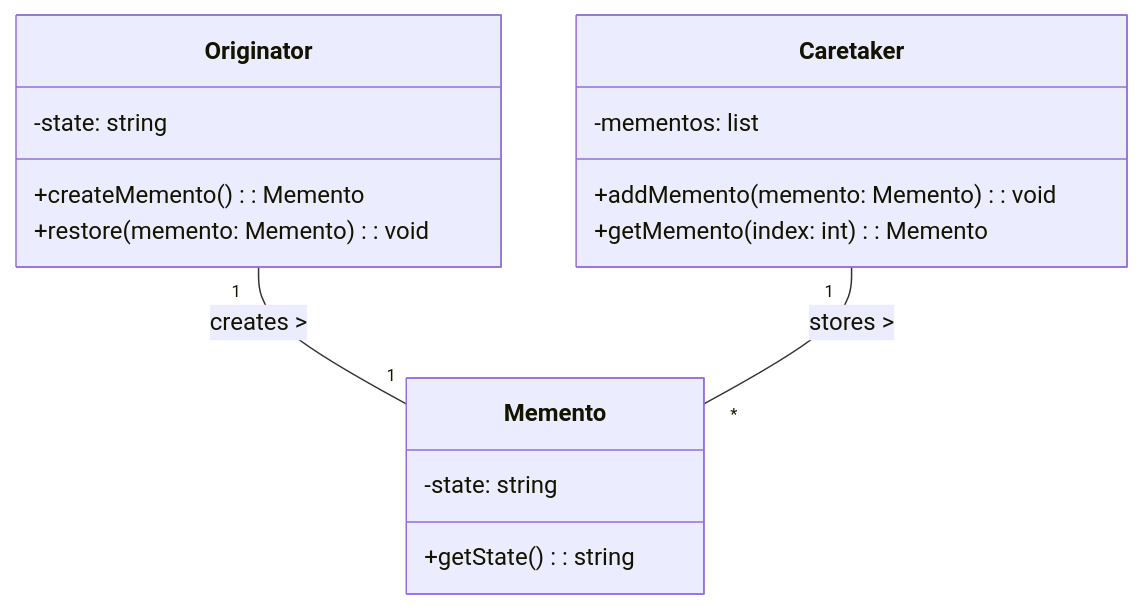
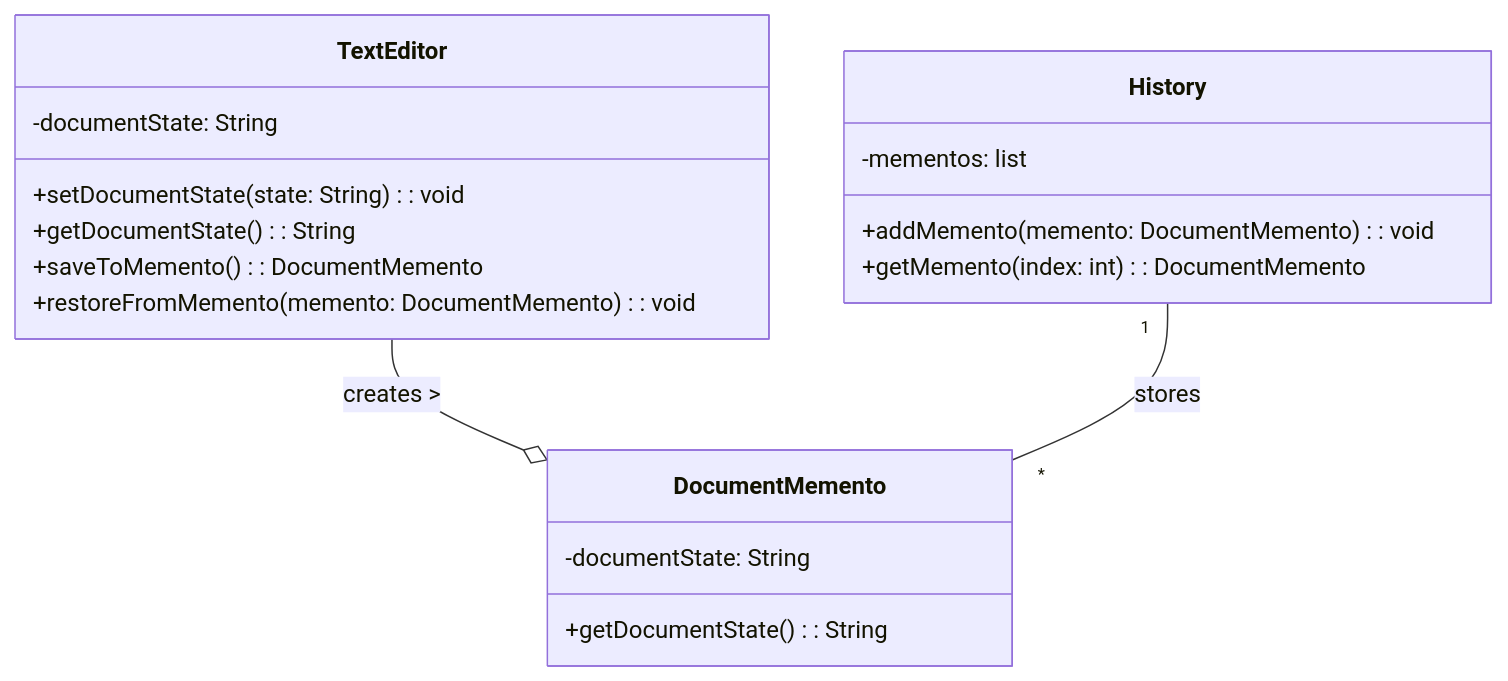
One commit to nguyenphuc22/Design-Patterns changed the second of 3 diagrams in Writerside/topics/Memento.md. Above: the diagram before and after it, drawn with Mermaid. The commit also changed other lines of this file and 1 other file, not shown here.

Commit message:
Update file paths and fix formatting in Memento.md

````diff
--- a/Writerside/topics/Memento.md
+++ b/Writerside/topics/Memento.md
@@ -20,20 +39,22 @@
 ```mermaid
 classDiagram
-    class Originator {
-        -state: string
-        +createMemento(): Memento
-        +restore(memento: Memento): void
+    class TextEditor {
+      -documentState: String
+      +setDocumentState(state: String): void
+      +getDocumentState(): String
+      +saveToMemento(): DocumentMemento
+      +restoreFromMemento(memento: DocumentMemento): void
     }
-    class Memento {
-        -state: string
-        +getState(): string
+    class DocumentMemento {
+      -documentState: String
+      +getDocumentState(): String
     }
-    class Caretaker {
-        -mementos: list
-        +addMemento(memento: Memento): void
-        +getMemento(index: int): Memento
+    class History {
+      -mementos: list
+      +addMemento(memento: DocumentMemento): void
+      +getMemento(index: int): DocumentMemento
     }
 
-    Originator "1" -- "1" Memento: creates >
-    Caretaker "1" -- "*" Memento: stores >
+    TextEditor --o DocumentMemento : creates >
+    History "1" -- "*" DocumentMemento : stores
 ```
````
